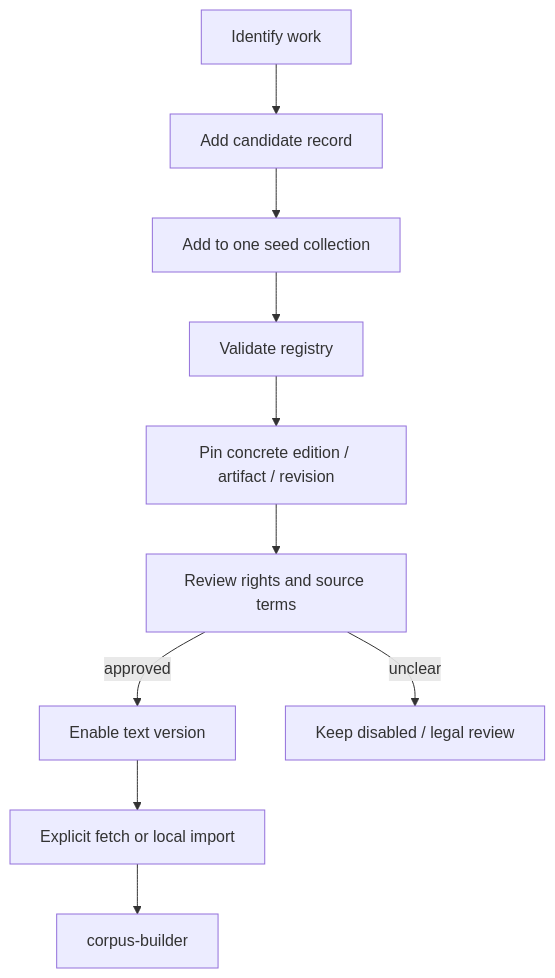
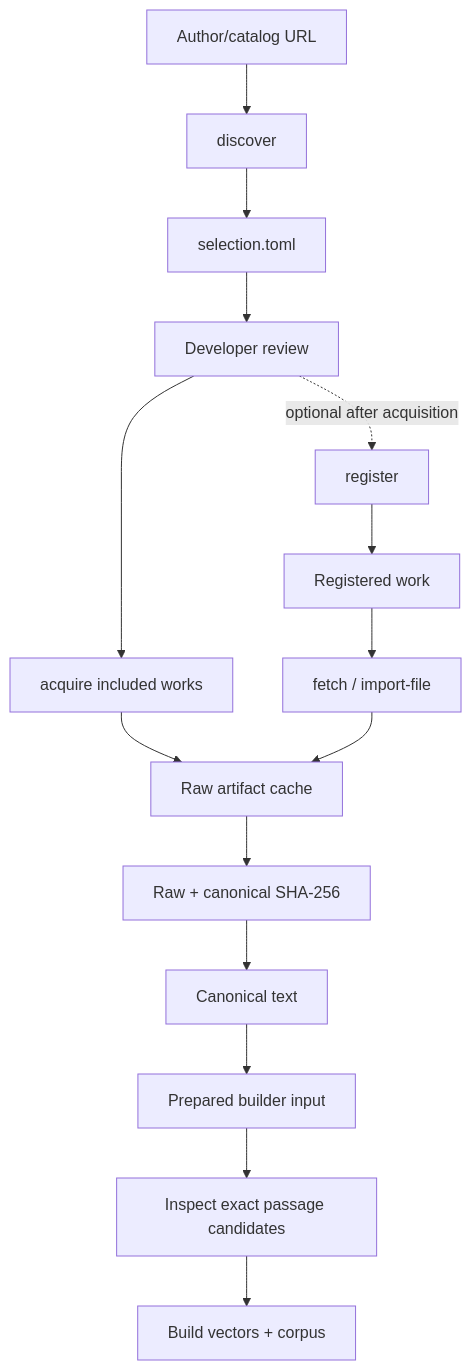
The diagram in docs/SOURCES.md (folk21/sibyl), drawn with Mermaid before and after one commit. The commit also changed other lines of this file and 56 other files, not shown here.

Commit message:
Add deterministic exact-source passage extraction using paragraph/sentence boundaries with hard max size and word-boundary fallback. Evaluate `intfloat/multilingual-e5-small` as the first multilingual baseline; production model lock remains pending.

````diff
--- a/docs/SOURCES.md
+++ b/docs/SOURCES.md
@@ -27,12 +18,20 @@
 ```mermaid
 flowchart TD
-    A[Identify work] --> R[Add candidate record]
-    R --> C[Add to one seed collection]
-    C --> V[Validate registry]
-    V --> P[Pin concrete edition / artifact / revision]
-    P --> L[Review rights and source terms]
-    L -->|approved| E[Enable text version]
-    L -->|unclear| H[Keep disabled / legal review]
-    E --> F[Explicit fetch or local import]
-    F --> B[corpus-builder]
+    U[Author/catalog URL] --> D[discover]
+    D --> S[selection.toml]
+    S --> H[Developer review]
+    H --> A[acquire included works]
+
+    R[Registered work] --> F[fetch / import-file]
+
+    A --> C[Raw artifact cache]
+    F --> C
+    C --> X[Raw + canonical SHA-256]
+    X --> N[Canonical text]
+    N --> P[Prepared builder input]
+    P --> I[Inspect exact passage candidates]
+    I --> B[Build vectors + corpus]
+
+    H -. optional after acquisition .-> G[register]
+    G --> R
 ```
````
